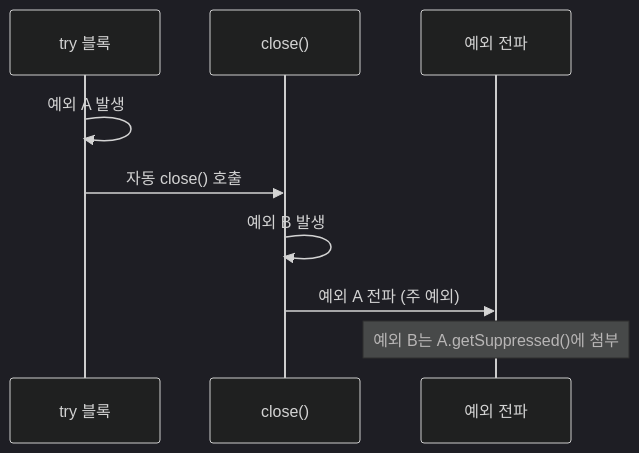
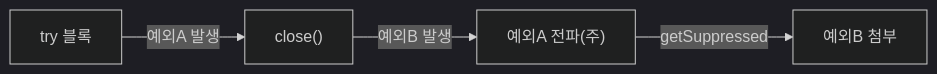
One commit to yjkim2015/yjkim2015.github.io changed the second of 4 diagrams in _posts/java/2026-05-01-java-exception.md. Above: the diagram before and after it, drawn with Mermaid (dark theme). The commit also changed other lines of this file and 163 other files, not shown here.

First line of the commit message:
Mermaid 300개 블록 내용 축소: 5노드 5엣지 이하, 의미 있는 약어

````diff
--- a/_posts/java/2026-05-01-java-exception.md
+++ b/_posts/java/2026-05-01-java-exception.md
@@ -216,11 +214,6 @@
 ```mermaid
-sequenceDiagram
-    participant T as try 블록
-    participant C as close()
-    participant E as 예외 전파
-    T->>T: 예외 A 발생
-    T->>C: 자동 close() 호출
-    C->>C: 예외 B 발생
-    C->>E: 예외 A 전파 (주 예외)
-    Note over E: 예외 B는 A.getSuppressed()에 첨부
+graph LR
+    T["try 블록"] -->|예외A 발생| C["close()"]
+    C -->|예외B 발생| E["예외A 전파(주)"]
+    E -->|getSuppressed| B["예외B 첨부"]
 ```
````
